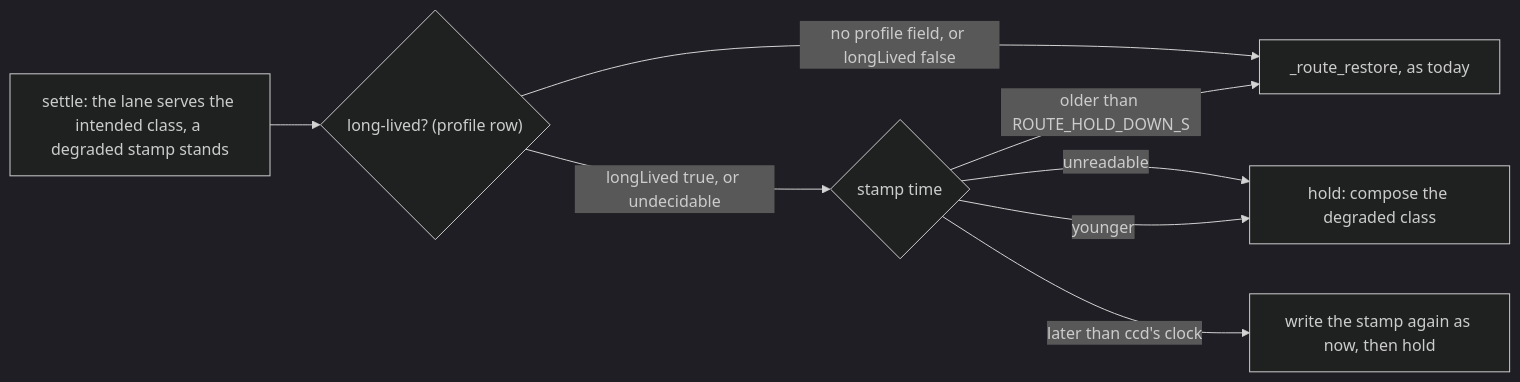
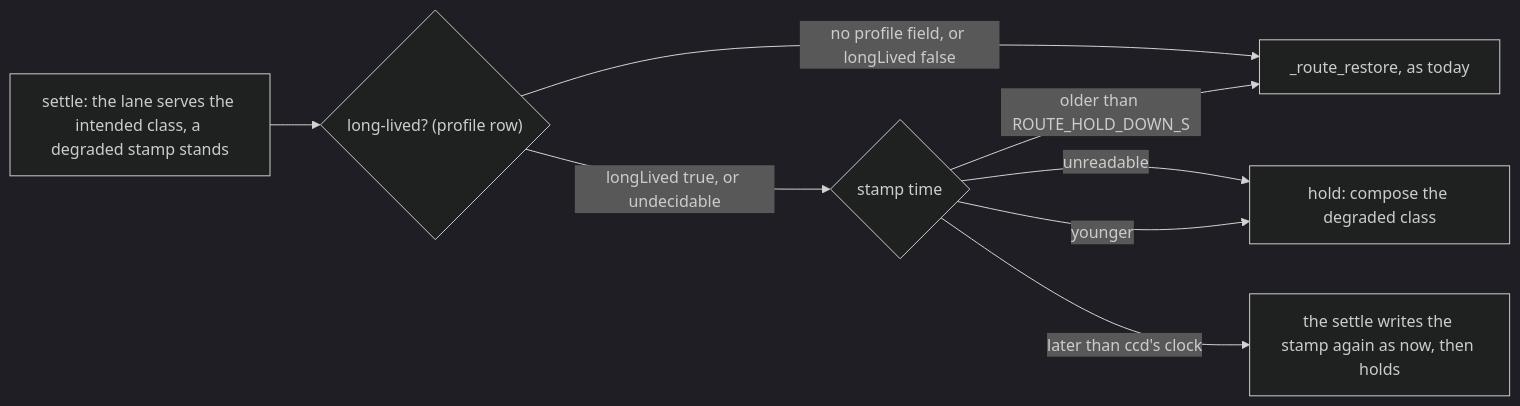
One commit to Synapsium-Labs/ccrc-pwa changed the second of 2 diagrams in docs/superpowers/plans/2026-11-14-overlord-w1/w1-ccd-arms.md. Above: the diagram before and after it, drawn with Mermaid (dark theme). The commit also changed other lines of this file, not shown here.

First line of the commit message:
docs(plan): the ccd arms plan, fix round 1 (review 2148 and cross-plan rulings X6, X8)

````diff
--- a/docs/superpowers/plans/2026-11-14-overlord-w1/w1-ccd-arms.md
+++ b/docs/superpowers/plans/2026-11-14-overlord-w1/w1-ccd-arms.md
@@ -298,10 +411,10 @@
 ```mermaid
 flowchart LR
   S["settle: the lane serves the intended class, a degraded stamp stands"] --> L{"long-lived? (profile row)"}
   L -- "no profile field, or longLived false" --> RS["_route_restore, as today"]
   L -- "longLived true, or undecidable" --> T{"stamp time"}
   T -- "unreadable" --> H["hold: compose the degraded class"]
-  T -- "later than ccd's clock" --> RE["write the stamp again as now, then hold"]
+  T -- "later than ccd's clock" --> RE["the settle writes the stamp again as now, then holds"]
   T -- "older than ROUTE_HOLD_DOWN_S" --> RS
   T -- "younger" --> H
 ```
````
